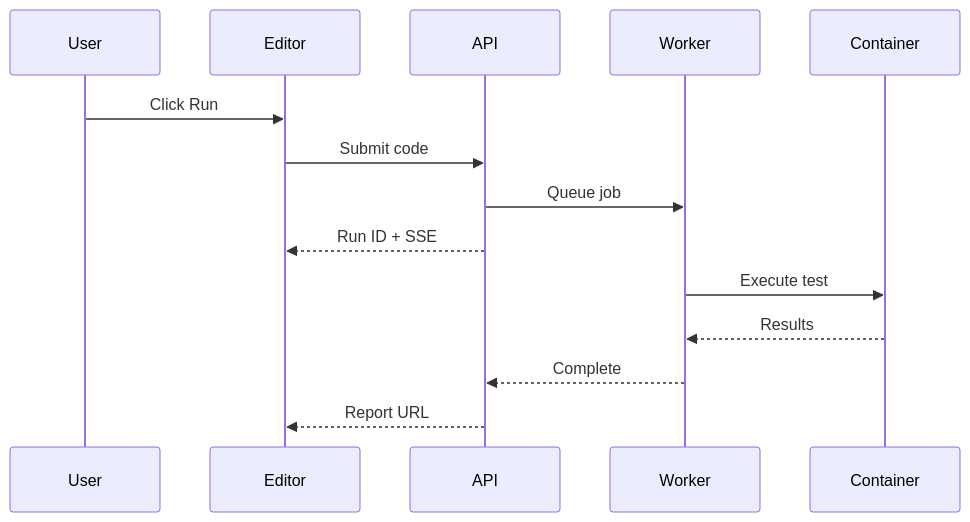
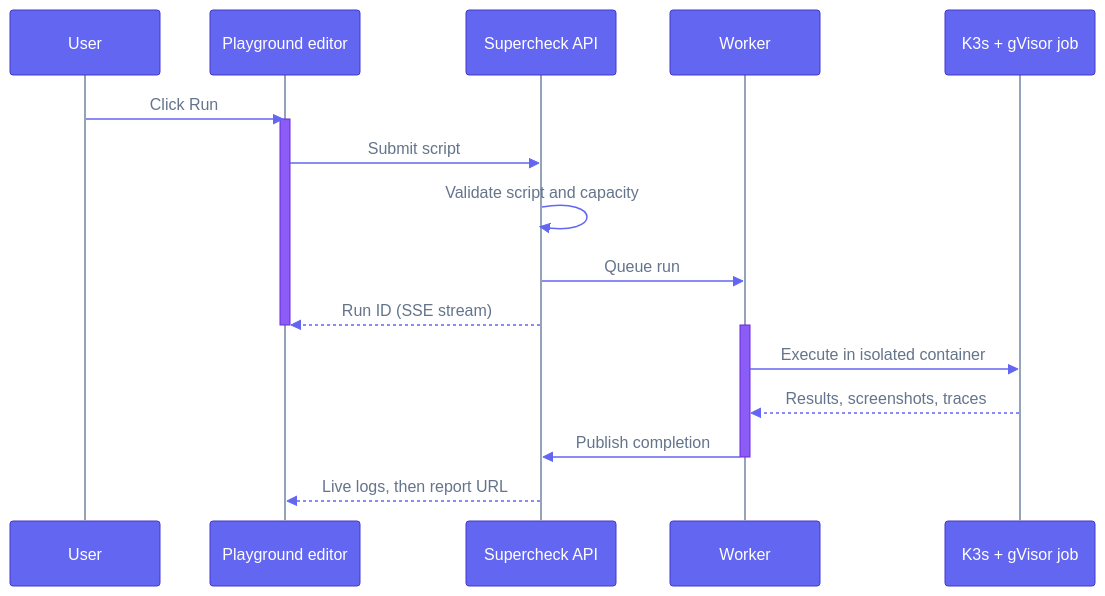
The diagram in docs/content/docs/app/automate/playground.mdx (supercheck-io/supercheck), drawn with Mermaid before and after one commit. The commit also changed 11 other files, not shown here.

First line of the commit message:
docs: theme sequence diagrams to match architecture and add new ones

````diff
--- a/docs/content/docs/app/automate/playground.mdx
+++ b/docs/content/docs/app/automate/playground.mdx
@@ -25,17 +25,23 @@
 ```mermaid
+%%{init: {"theme":"base","themeVariables":{"fontFamily":"ui-sans-serif, system-ui, -apple-system, Segoe UI, Roboto, sans-serif","primaryColor":"#6366f1","primaryTextColor":"#ffffff","primaryBorderColor":"#4338ca","lineColor":"#94a3b8","actorBkg":"#6366f1","actorBorder":"#4338ca","actorTextColor":"#ffffff","actorLineColor":"#94a3b8","signalColor":"#6366f1","signalTextColor":"#64748b","labelBoxBkgColor":"#f59e0b","labelBoxBorderColor":"#b45309","labelTextColor":"#ffffff","loopTextColor":"#64748b","activationBkgColor":"#8b5cf6","activationBorderColor":"#6d28d9","noteBkgColor":"#f59e0b","noteBorderColor":"#b45309","noteTextColor":"#ffffff","textColor":"#64748b","mainBkg":"#ffffff"}}}%%
 sequenceDiagram
     participant User
-    participant Editor
-    participant API
+    participant Editor as Playground editor
+    participant API as Supercheck API
     participant Worker
-    participant Container
+    participant Sandbox as K3s + gVisor job
 
     User->>Editor: Click Run
-    Editor->>API: Submit code
-    API->>Worker: Queue job
-    API-->>Editor: Run ID + SSE
-    Worker->>Container: Execute test
-    Container-->>Worker: Results
-    Worker-->>API: Complete
-    API-->>Editor: Report URL
+    activate Editor
+    Editor->>API: Submit script
+    API->>API: Validate script and capacity
+    API->>Worker: Queue run
+    API-->>Editor: Run ID (SSE stream)
+    deactivate Editor
+    activate Worker
+    Worker->>Sandbox: Execute in isolated container
+    Sandbox-->>Worker: Results, screenshots, traces
+    Worker->>API: Publish completion
+    deactivate Worker
+    API-->>Editor: Live logs, then report URL
 ```
````
